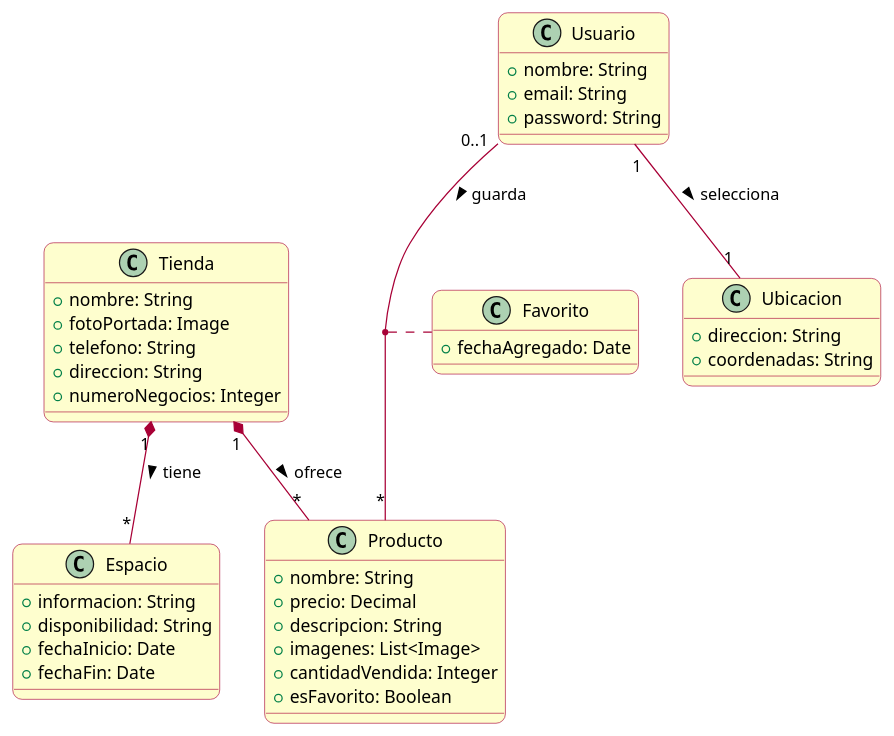
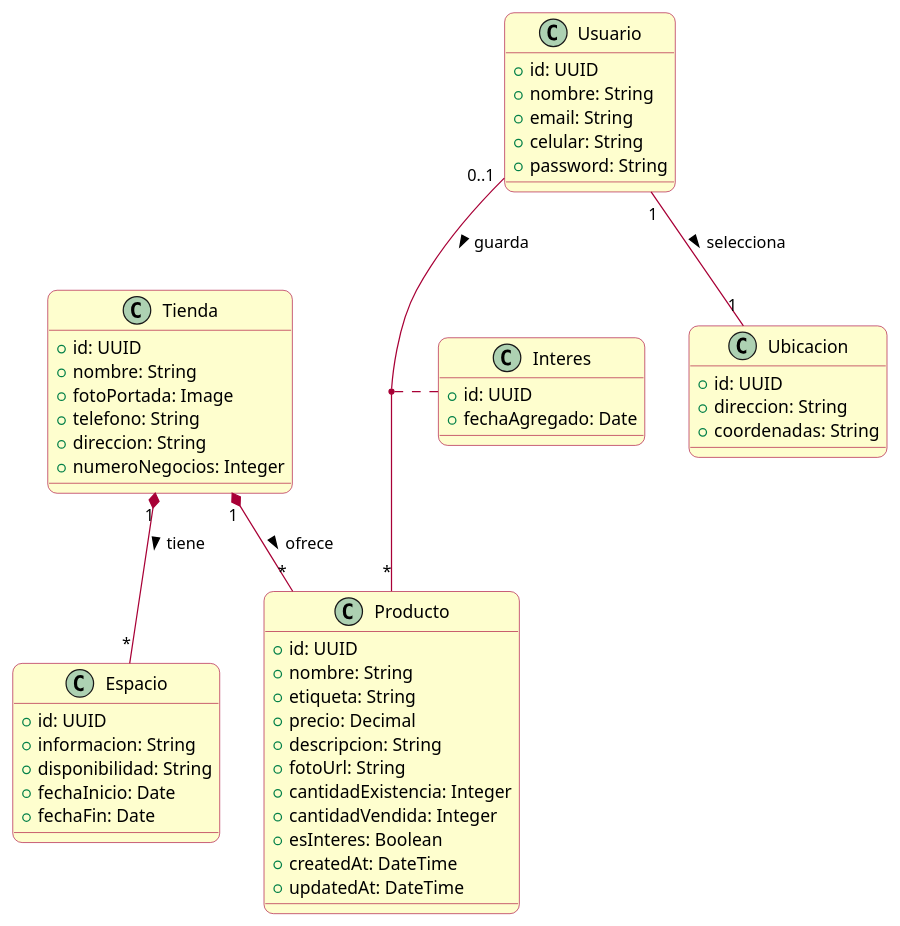
Before and after one commit to AtomicDevelopers/UWE-Tienda-Colectiva: the diagram in Content Model/guest_user_content_model.puml, drawn with PlantUML.

Commit message:
Feat: Mejora Modelo de contenido de invitado

```diff
--- a/Content Model/guest_user_content_model.puml
+++ b/Content Model/guest_user_content_model.puml
@@ -1,65 +1,79 @@
 @startuml guest_user_content_model
 skinparam shadow false
 skinparam roundCorner 15
 skinparam class {
   BackgroundColor #FEFECE
   BorderColor #A80036
   ArrowColor #A80036
 }
 
-class Usuario {
+' ==========================================
+' MODELO DE CONTENIDO (UWE)
+' ==========================================
+' Muestra las clases del dominio y sus relaciones.
+
+class "Usuario" as Usuario {
+  + id: UUID
   + nombre: String
   + email: String
+  + celular: String
   + password: String
 }
 
-class Ubicacion {
+class "Ubicacion" as Ubicacion {
+  + id: UUID
   + direccion: String
   + coordenadas: String
 }
 
-class Tienda {
+class "Tienda" as Tienda {
+  + id: UUID
   + nombre: String
   + fotoPortada: Image
   + telefono: String
   + direccion: String
   + numeroNegocios: Integer
 }
 
-class Producto {
+class "Producto" as Producto {
+  + id: UUID
   + nombre: String
+  + etiqueta: String
   + precio: Decimal
   + descripcion: String
-  + imagenes: List<Image>
+  + fotoUrl: String
+  + cantidadExistencia: Integer
   + cantidadVendida: Integer
-  + esFavorito: Boolean
+  + esInteres: Boolean
+  + createdAt: DateTime
+  + updatedAt: DateTime
 }
 
-class Espacio {
+class "Espacio" as Espacio {
+  + id: UUID
   + informacion: String
   + disponibilidad: String
   + fechaInicio: Date
   + fechaFin: Date
 }
 
 ' Relación para marcar productos como favoritos
-class Favorito {
+class "Interes" as Interes {
+  + id: UUID
   + fechaAgregado: Date
 }
 
 ' Relaciones
 
 ' Un usuario selecciona una ubicación
 Usuario "1" -- "1" Ubicacion : selecciona >
 
 ' Relación de favoritos (Muchos a Muchos)
 Usuario "0..1" -- "*" Producto : guarda >
-(Usuario, Producto) .. Favorito
+(Usuario, Producto) .. Interes
 
 ' Tienda contiene productos y espacios
 Tienda "1" *-- "*" Producto : ofrece >
 Tienda "1" *-- "*" Espacio : tiene >
 
-
-
 @enduml
```
